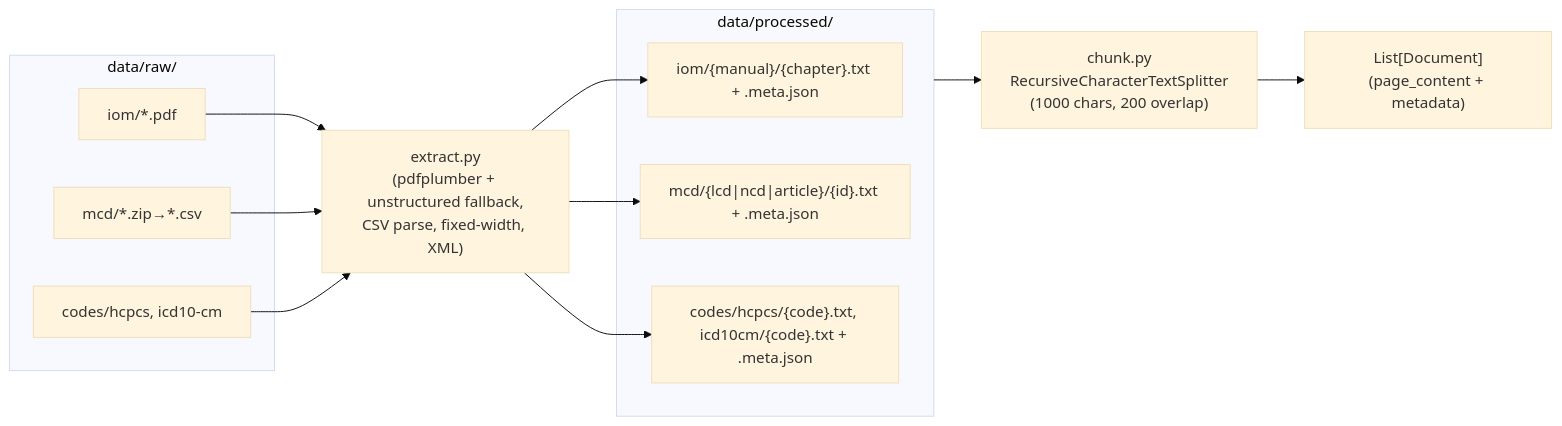
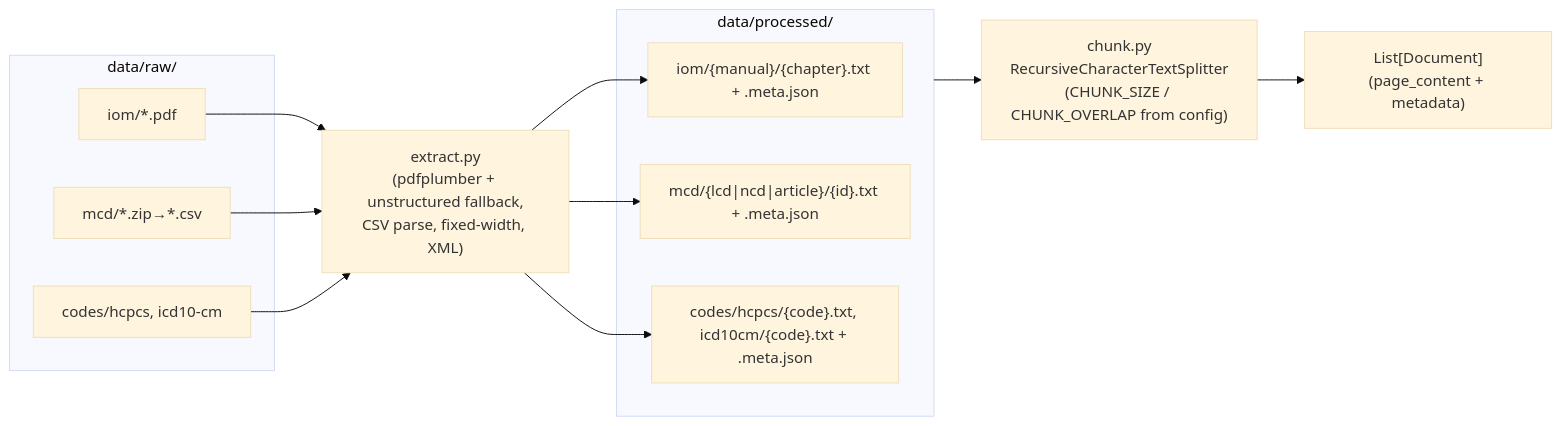
The third of 7 diagrams in ARCHITECTURE.md (csmangum/medicare_rag), drawn with Mermaid (base theme) before and after one commit. The commit also changed other lines of this file and 24 other files, not shown here.

````diff
--- a/ARCHITECTURE.md
+++ b/ARCHITECTURE.md
@@ -111,26 +111,26 @@
 ```mermaid
 flowchart LR
   subgraph Raw["data/raw/"]
     RawIOM["iom/*.pdf"]
     RawMCD["mcd/*.zip→*.csv"]
     RawCodes["codes/hcpcs, icd10-cm"]
   end
 
   Extract["extract.py\n(pdfplumber + unstructured fallback,\nCSV parse, fixed-width, XML)"]
 
   subgraph Processed["data/processed/"]
     P1["iom/{manual}/{chapter}.txt + .meta.json"]
     P2["mcd/{lcd|ncd|article}/{id}.txt + .meta.json"]
     P3["codes/hcpcs/{code}.txt, icd10cm/{code}.txt + .meta.json"]
   end
 
   RawIOM --> Extract
   RawMCD --> Extract
   RawCodes --> Extract
   Extract --> P1
   Extract --> P2
   Extract --> P3
 
-  Processed --> Chunk["chunk.py\nRecursiveCharacterTextSplitter\n(1000 chars, 200 overlap)"]
+  Processed --> Chunk["chunk.py\nRecursiveCharacterTextSplitter\n(CHUNK_SIZE / CHUNK_OVERLAP from config)"]
   Chunk --> Docs["List[Document]\n(page_content + metadata)"]
 ```
````
